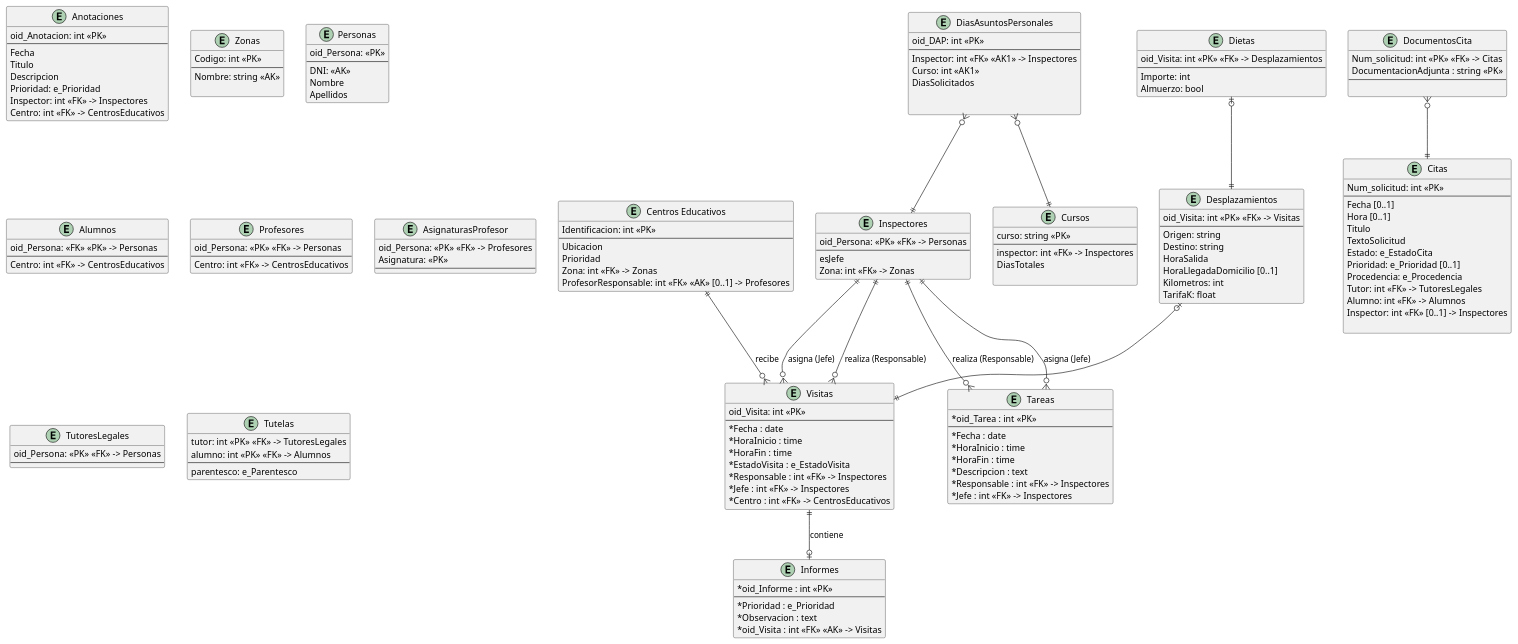
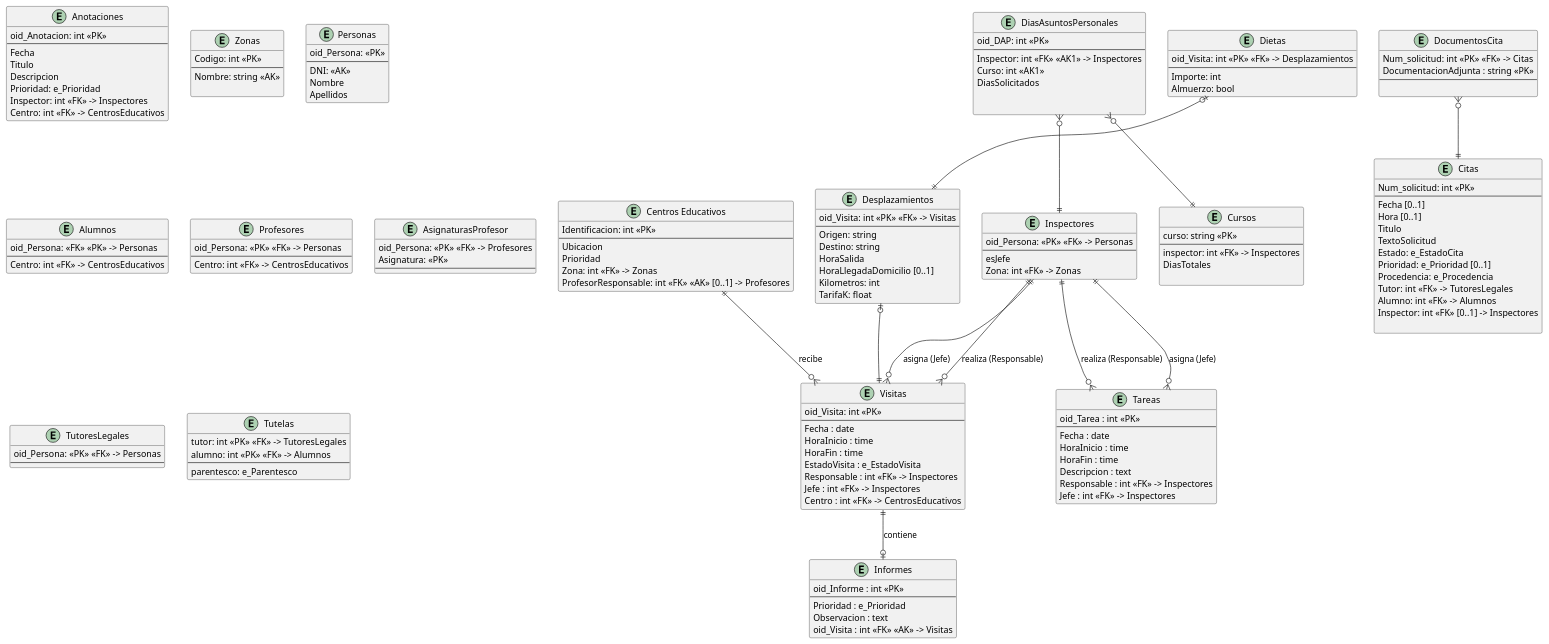
One commit to lorenzomaranon/ProyectoBD_Inspeccion_Educativa changed the diagram in modelado/modelado_relacional.puml. Above: the diagram before and after it, drawn with PlantUML.

Commit message:
Elimina asteriscos de obligatoriedad en mis entidades del MR

```diff
--- a/modelado/modelado_relacional.puml
+++ b/modelado/modelado_relacional.puml
@@ -1,192 +1,192 @@
 @startuml modelado_relacional
 hide methods
 skinparam ClassAttributeIconSize 0
 
 
 entity "Centros Educativos" as CentrosEducativos {
     Identificacion: int <<PK>>
     --
     Ubicacion
     Prioridad
     Zona: int <<FK>> -> Zonas
     ProfesorResponsable: int <<FK>> <<AK>> [0..1] -> Profesores
 }
 
 
 entity DocumentosCita {
     Num_solicitud: int <<PK>> <<FK>> -> Citas
     DocumentacionAdjunta : string <<PK>>
     --
      
 }
 entity Citas {
     Num_solicitud: int <<PK>> 
     --
     Fecha [0..1]
     Hora [0..1]
     Titulo
     TextoSolicitud
     Estado: e_EstadoCita
     Prioridad: e_Prioridad [0..1]
     Procedencia: e_Procedencia
     Tutor: int <<FK>> -> TutoresLegales
     Alumno: int <<FK>> -> Alumnos
     Inspector: int <<FK>> [0..1] -> Inspectores
 
 }
 
 entity Anotaciones {
     oid_Anotacion: int <<PK>>
     --
     Fecha
     Titulo
     Descripcion
     Prioridad: e_Prioridad
     Inspector: int <<FK>> -> Inspectores
     Centro: int <<FK>> -> CentrosEducativos
 }
 
 
 
 entity Visitas {
     oid_Visita: int <<PK>>
     --
-    *Fecha : date
-    *HoraInicio : time
-    *HoraFin : time
-    *EstadoVisita : e_EstadoVisita
-    *Responsable : int <<FK>> -> Inspectores
-    *Jefe : int <<FK>> -> Inspectores
-    *Centro : int <<FK>> -> CentrosEducativos
+    Fecha : date
+    HoraInicio : time
+    HoraFin : time
+    EstadoVisita : e_EstadoVisita
+    Responsable : int <<FK>> -> Inspectores
+    Jefe : int <<FK>> -> Inspectores
+    Centro : int <<FK>> -> CentrosEducativos
 }
 
 entity Informes {
-    *oid_Informe : int <<PK>>
+    oid_Informe : int <<PK>>
     --
-    *Prioridad : e_Prioridad
-    *Observacion : text
-    *oid_Visita : int <<FK>> <<AK>> -> Visitas
+    Prioridad : e_Prioridad
+    Observacion : text
+    oid_Visita : int <<FK>> <<AK>> -> Visitas
 }
 
 entity Tareas {
-    *oid_Tarea : int <<PK>>
+    oid_Tarea : int <<PK>>
     --
-    *Fecha : date
-    *HoraInicio : time
-    *HoraFin : time
-    *Descripcion : text
-    *Responsable : int <<FK>> -> Inspectores
-    *Jefe : int <<FK>> -> Inspectores
+    Fecha : date
+    HoraInicio : time
+    HoraFin : time
+    Descripcion : text
+    Responsable : int <<FK>> -> Inspectores
+    Jefe : int <<FK>> -> Inspectores
 }
 
 
 
 entity Zonas {
     Codigo: int <<PK>>
     --
     Nombre: string <<AK>>
     
 }
 
 entity Personas {
     oid_Persona: <<PK>>
     --
     DNI: <<AK>>
     Nombre
     Apellidos
 }
 
 entity Inspectores {
     oid_Persona: <<PK>> <<FK>> -> Personas
     --
     esJefe
     Zona: int <<FK>> -> Zonas
 }
 entity Alumnos {
     oid_Persona: <<FK>> <<PK>> -> Personas
     --
     Centro: int <<FK>> -> CentrosEducativos
 }
 
 entity Profesores {
     oid_Persona: <<PK>> <<FK>> -> Personas
     --
     Centro: int <<FK>> -> CentrosEducativos
 }
 
 entity AsignaturasProfesor {
     oid_Persona: <<PK>> <<FK>> -> Profesores
     Asignatura: <<PK>>
     --
 }
 
 entity TutoresLegales {
     oid_Persona: <<PK>> <<FK>> -> Personas
     --
 }
 
 entity Tutelas {
     tutor: int <<PK>> <<FK>> -> TutoresLegales
     alumno: int <<PK>> <<FK>> -> Alumnos
     --
     parentesco: e_Parentesco
 }
 
 Inspectores ||--o{ Visitas : realiza (Responsable)
 Inspectores ||--o{ Visitas : asigna (Jefe)
 Inspectores ||--o{ Tareas : realiza (Responsable)
 Inspectores ||--o{ Tareas : asigna (Jefe)
 CentrosEducativos ||--o{ Visitas : recibe
 Visitas ||--o| Informes : contiene
 
 
 entity Desplazamientos {
     oid_Visita: int <<PK>> <<FK>> -> Visitas
     --
     Origen: string
     Destino: string
     HoraSalida
     HoraLlegadaDomicilio [0..1]
     Kilometros: int
     TarifaK: float
 }
 
 
 entity Dietas {
     oid_Visita: int <<PK>> <<FK>> -> Desplazamientos
     --
     Importe: int
     Almuerzo: bool
 }
 
 
 Desplazamientos |o--||Visitas
 Dietas |o--||Desplazamientos
 
 
 entity DiasAsuntosPersonales {
     oid_DAP: int <<PK>>
     --
     Inspector: int <<FK>> <<AK1>> -> Inspectores
     Curso: int <<AK1>>
     DiasSolicitados
     
     
 }
 
 
 entity Cursos {
     curso: string <<PK>>
     --
     inspector: int <<FK>> -> Inspectores
     DiasTotales
 
 }
 
 DiasAsuntosPersonales }o--||Cursos
 DiasAsuntosPersonales }o--||Inspectores
 
 '------- ASOCIACIONES --------------------------------------
 DocumentosCita }o--|| Citas
 
 @enduml
```
